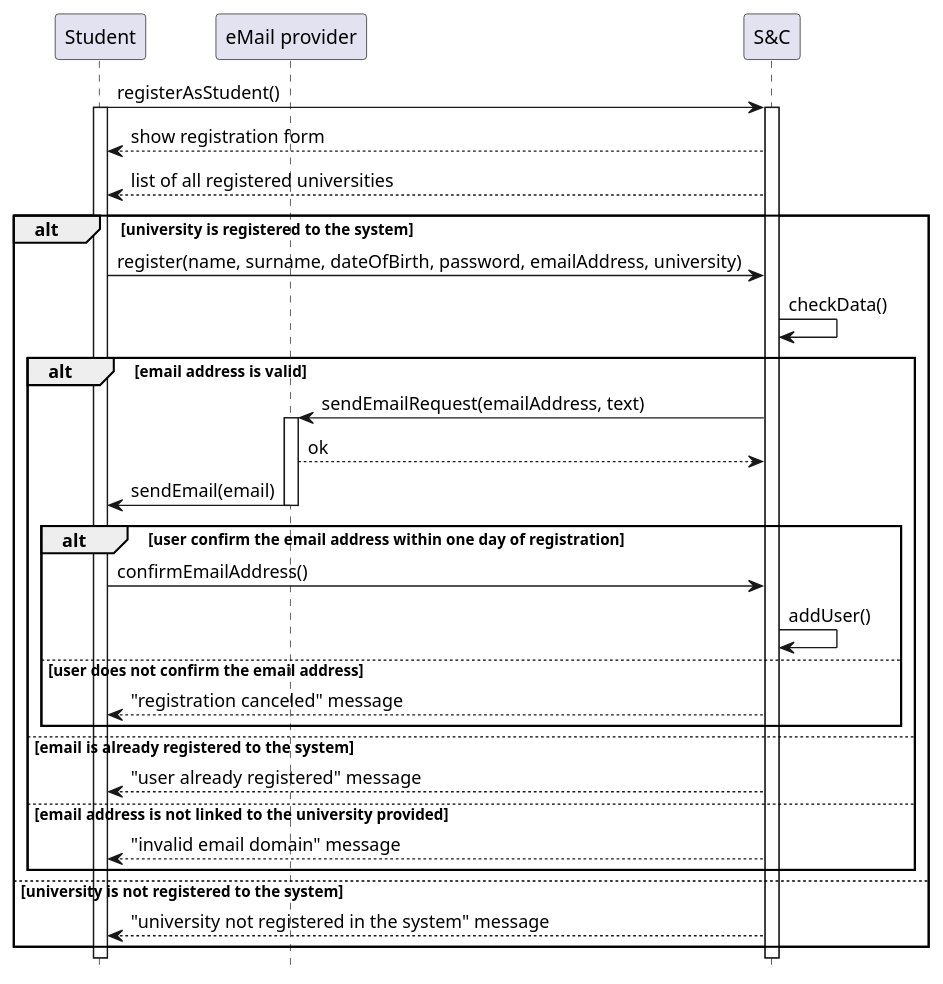
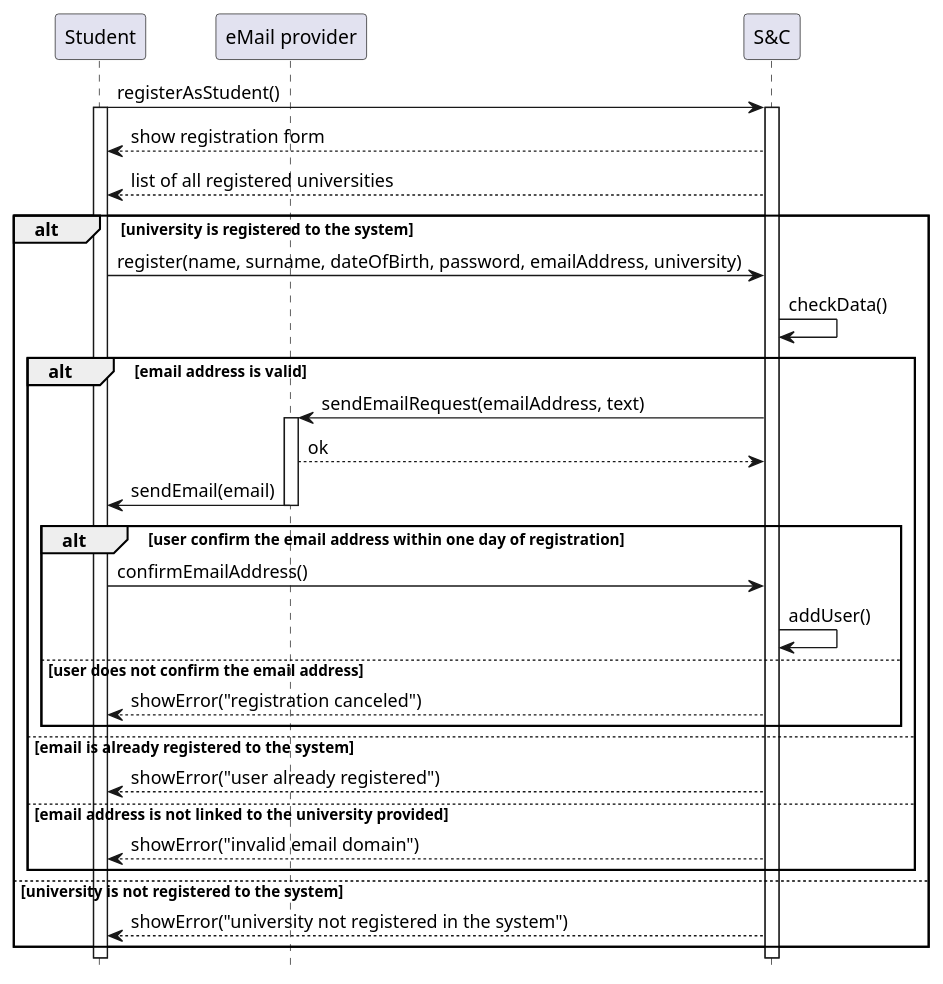
The diagram in RASD/Specific_requirements/uml_diagrams/UC3_diagram.puml (matti8702/R_and_DD_project_SE2), drawn with PlantUML before and after one commit. The commit also changed 7 other files, not shown here.

Commit message:
refactor: introduce showError and showMessage functions in sequence diagrams

```diff
--- a/RASD/Specific_requirements/uml_diagrams/UC3_diagram.puml
+++ b/RASD/Specific_requirements/uml_diagrams/UC3_diagram.puml
@@ -1,36 +1,36 @@
 @startuml UC3_diagram
 hide footbox
 
 participant "Student" as ST
 participant "eMail provider" as EP
 participant "S&C" AS S
 
 ST -> S: registerAsStudent()
 activate S
 activate ST
 S --> ST: show registration form
 S --> ST: list of all registered universities
 alt university is registered to the system
     ST -> S: register(name, surname, dateOfBirth, password, emailAddress, university)
     S -> S: checkData()
     alt email address is valid
         S -> EP: sendEmailRequest(emailAddress, text)
         activate EP
         EP --> S: ok
         EP -> ST: sendEmail(email)
         deactivate EP
         alt user confirm the email address within one day of registration
             ST -> S: confirmEmailAddress()
             S -> S: addUser()
         else user does not confirm the email address
-            S --> ST: "registration canceled" message
+            S --> ST: showError("registration canceled")
         end
     else email is already registered to the system
-        S --> ST: "user already registered" message
+        S --> ST: showError("user already registered")
     else email address is not linked to the university provided
-        S --> ST: "invalid email domain" message
+        S --> ST: showError("invalid email domain")
     end
 else university is not registered to the system
-    S --> ST: "university not registered in the system" message
+    S --> ST: showError("university not registered in the system")
 end
 @enduml
```
